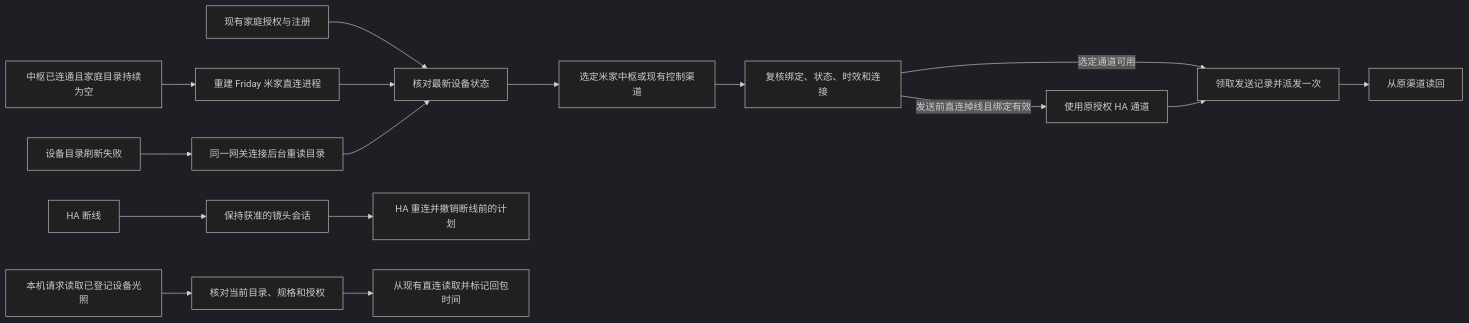
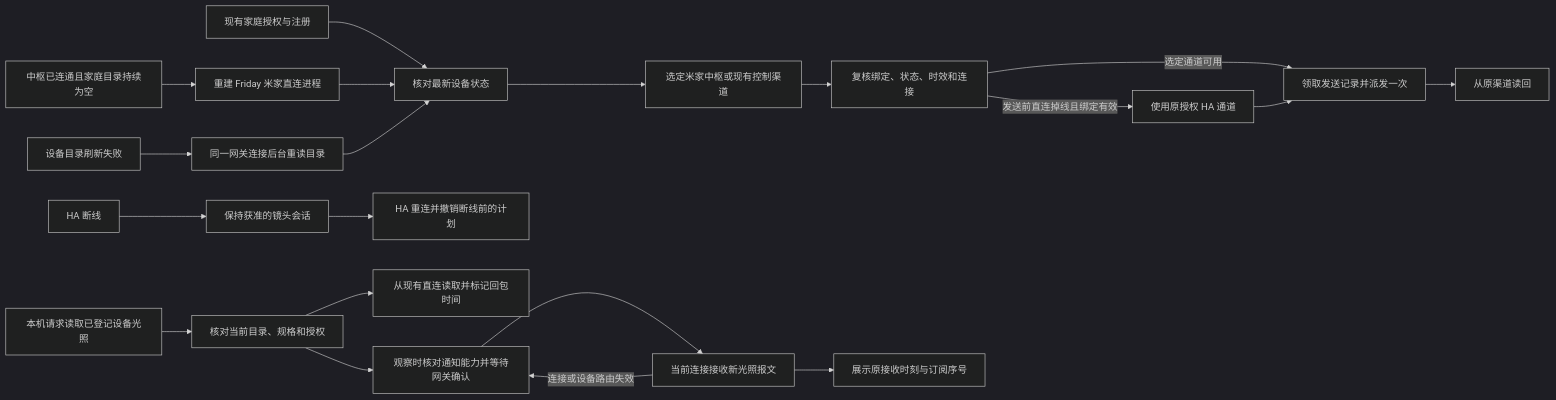
Before and after one commit to Geeprox/Friday: the third of 38 diagrams in docs/architecture.md, drawn with Mermaid (dark theme). The commit also changed other lines of this file and 9 other files, not shown here.

````diff
--- a/docs/architecture.md
+++ b/docs/architecture.md
@@ -99,18 +106,22 @@
 ```mermaid
 flowchart LR
   A[现有家庭授权与注册] --> B[核对最新设备状态]
   B --> C[选定米家中枢或现有控制渠道]
   C --> M[复核绑定、状态、时效和连接]
   M -->|发送前直连掉线且绑定有效| N[使用原授权 HA 通道]
   M -->|选定通道可用| D[领取发送记录并派发一次]
   N --> D
   D --> E[从原渠道读回]
   F[HA 断线] --> G[保持获准的镜头会话]
   G --> H[HA 重连并撤销断线前的计划]
   I[中枢已连通且家庭目录持续为空] --> J[重建 Friday 米家直连进程]
   J --> B
   K[设备目录刷新失败] --> L[同一网关连接后台重读目录]
   L --> B
   O[本机请求读取已登记设备光照] --> P[核对当前目录、规格和授权]
   P --> Q[从现有直连读取并标记回包时间]
+  P --> R[观察时核对通知能力并等待网关确认]
+  R --> S[当前连接接收新光照报文]
+  S --> T[展示原接收时刻与订阅序号]
+  S -->|连接或设备路由失效| R
 ```
````
